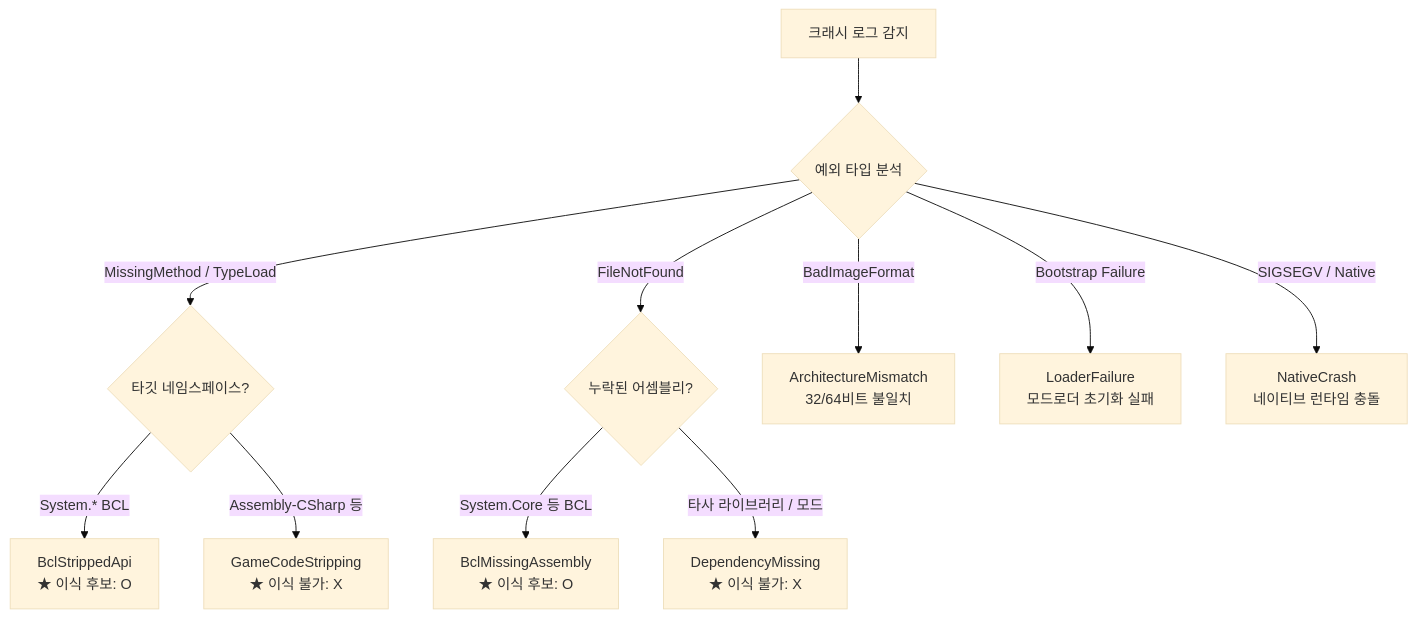
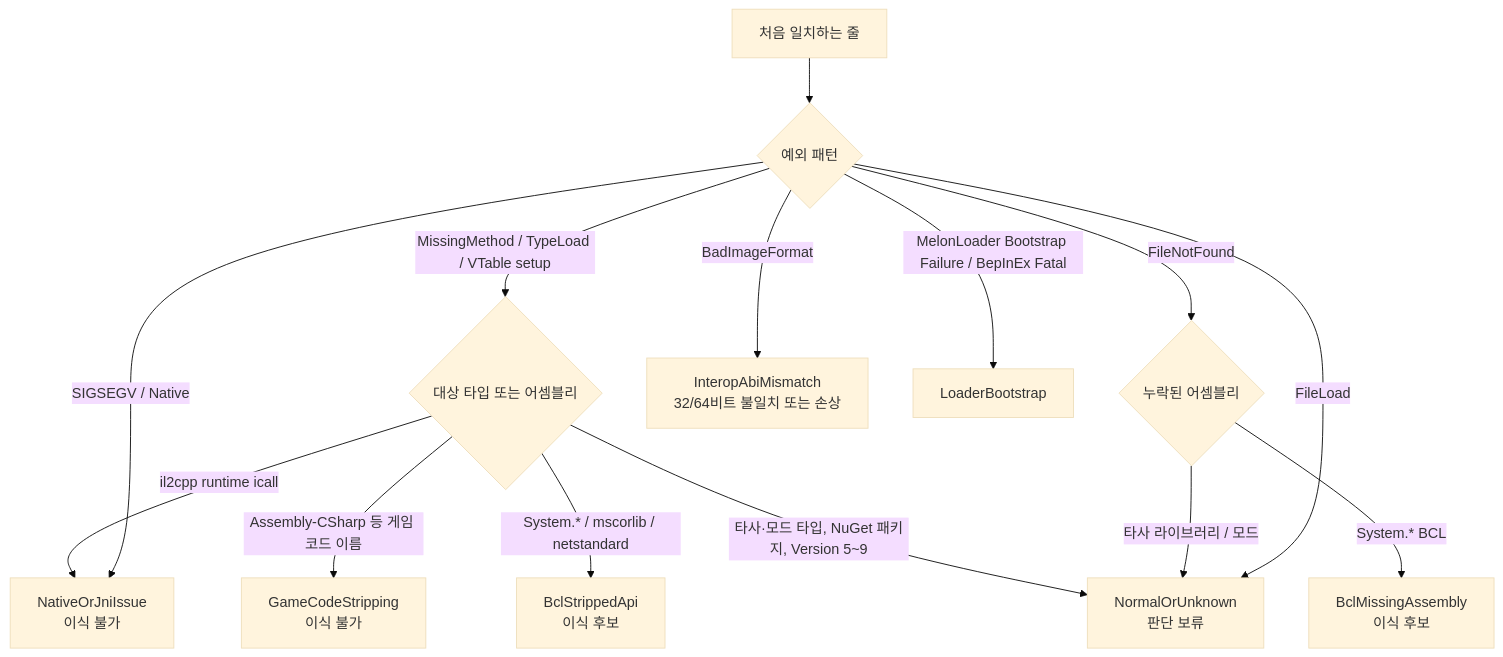
The diagram in docs/03-crash-diagnosis-and-patterns.md (magjangin/bcl-tool-app), drawn with Mermaid (base theme) before and after one commit. The commit also changed other lines of this file and 9 other files, not shown here.

````diff
--- a/docs/03-crash-diagnosis-and-patterns.md
+++ b/docs/03-crash-diagnosis-and-patterns.md
@@ -10,13 +12,16 @@
 ```mermaid
 graph TD
-    A[크래시 로그 감지] --> B{예외 타입 분석}
-    B -->|MissingMethod / TypeLoad| C{타깃 네임스페이스?}
-    C -->|System.* BCL| D[BclStrippedApi<br>★ 이식 후보: O]
-    C -->|Assembly-CSharp 등| E[GameCodeStripping<br>★ 이식 불가: X]
-    B -->|FileNotFound| F{누락된 어셈블리?}
-    F -->|System.Core 등 BCL| G[BclMissingAssembly<br>★ 이식 후보: O]
-    F -->|타사 라이브러리 / 모드| H[DependencyMissing<br>★ 이식 불가: X]
-    B -->|BadImageFormat| I[ArchitectureMismatch<br>32/64비트 불일치]
-    B -->|Bootstrap Failure| J[LoaderFailure<br>모드로더 초기화 실패]
-    B -->|SIGSEGV / Native| K[NativeCrash<br>네이티브 런타임 충돌]
+    A[처음 일치하는 줄] --> B{예외 패턴}
+    B -->|MissingMethod / TypeLoad / VTable setup| C{대상 타입 또는 어셈블리}
+    C -->|il2cpp runtime icall| K[NativeOrJniIssue<br>이식 불가]
+    C -->|Assembly-CSharp 등 게임 코드 이름| E[GameCodeStripping<br>이식 불가]
+    C -->|System.* / mscorlib / netstandard| D[BclStrippedApi<br>이식 후보]
+    C -->|타사·모드 타입, NuGet 패키지, Version 5~9| U[NormalOrUnknown<br>판단 보류]
+    B -->|FileNotFound| F{누락된 어셈블리}
+    F -->|System.* BCL| G[BclMissingAssembly<br>이식 후보]
+    F -->|타사 라이브러리 / 모드| U
+    B -->|FileLoad| U
+    B -->|BadImageFormat| I[InteropAbiMismatch<br>32/64비트 불일치 또는 손상]
+    B -->|MelonLoader Bootstrap Failure / BepInEx Fatal| J[LoaderBootstrap]
+    B -->|SIGSEGV / Native| K
 ```
````
